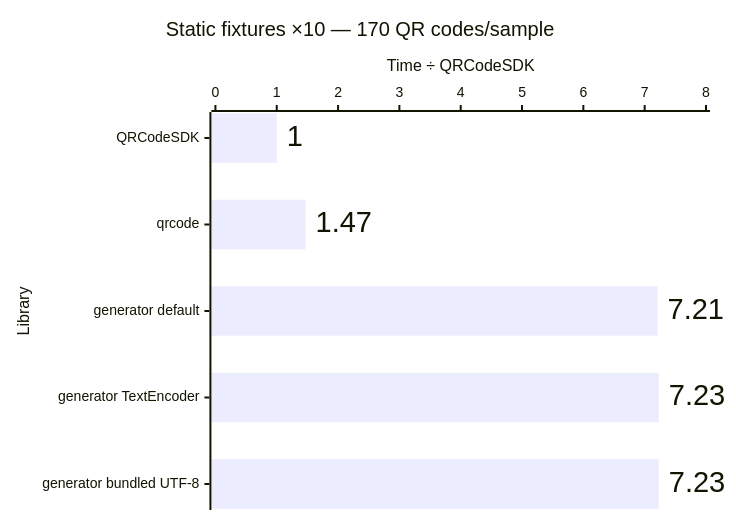
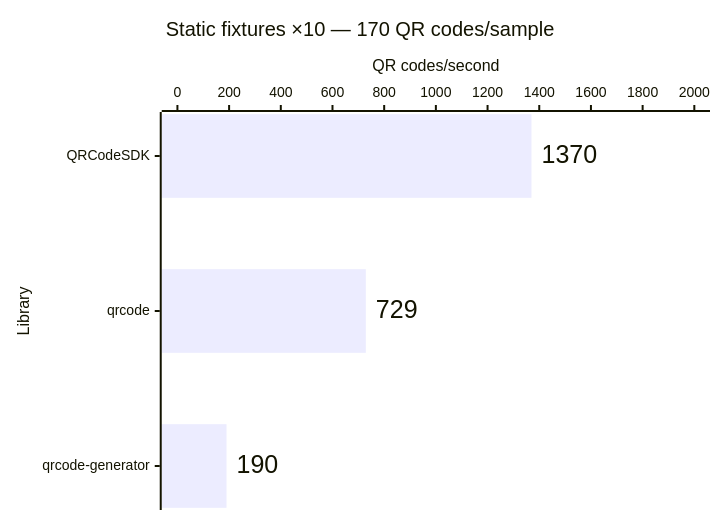
Before and after one commit to Dafnik/qrcodesdk: the sixth of 14 diagrams in apps/docs/src/content/docs/learn/performance.md, drawn with Mermaid. The commit also changed other lines of this file and 21 other files, not shown here.

````diff
--- a/apps/docs/src/content/docs/learn/performance.md
+++ b/apps/docs/src/content/docs/learn/performance.md
@@ -136,15 +131,15 @@
 ```mermaid
 ---
 config:
   xyChart:
     showDataLabel: true
     showDataLabelOutsideBar: true
 ---
 xychart horizontal
   accTitle: Automatic matrix generation: Static fixtures ×10 — 170 QR codes/sample
-  accDescr: Relative median time compared with QRCodeSDK. QRCodeSDK 1.00 times, qrcode 1.47 times, generator default 7.21 times, generator TextEncoder 7.23 times, generator bundled UTF-8 7.23 times. Lower is better.
+  accDescr: Throughput calculated from median time. QRCodeSDK 1,370 QR codes per second, qrcode 729 QR codes per second, qrcode-generator 190 QR codes per second. Higher is better.
   title "Static fixtures ×10 — 170 QR codes/sample"
-  x-axis "Library" ["QRCodeSDK", "qrcode", "generator default", "generator TextEncoder", "generator bundled UTF-8"]
-  y-axis "Time ÷ QRCodeSDK" 0 --> 8.0
-  bar [1.00, 1.47, 7.21, 7.23, 7.23]
+  x-axis "Library" ["QRCodeSDK", "qrcode", "qrcode-generator"]
+  y-axis "QR codes/second" 0 --> 2000
+  bar [1370, 729, 190]
 ```
````
